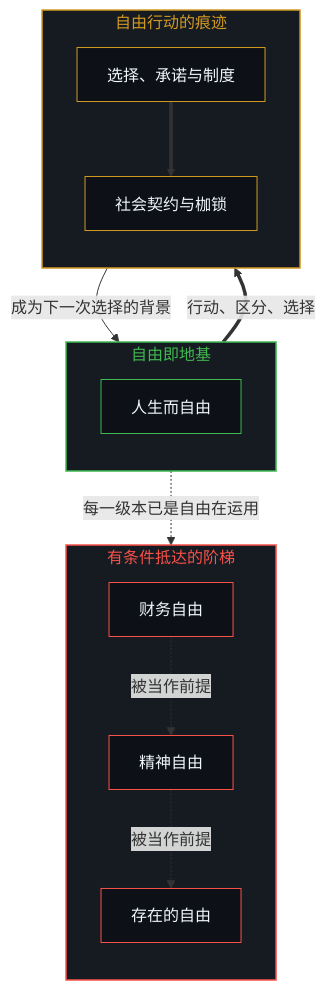
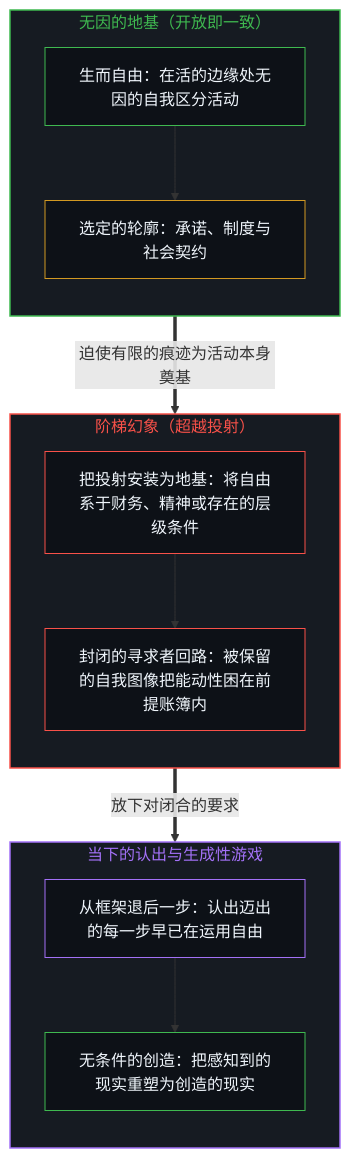
Before and after one commit to powerpig99/not-a-toe: the first of 2 diagrams in content/posts/freedom-as-ground.md, drawn with Mermaid. The commit also changed other lines of this file and 1 other file, not shown here.

Commit message:
Refine L2 #84: freedom-as-ground (Deep Sleep Wave 3)

````diff
--- a/content/posts/freedom-as-ground.md
+++ b/content/posts/freedom-as-ground.md
@@ -25,33 +17,36 @@
 ```mermaid
 flowchart TD
-    subgraph S_Ladder["有条件抵达的阶梯"]
+    subgraph S_Ground["无因的地基（开放即一致）"]
         direction TB
-        L1["财务自由"]
-        L2["精神自由"]
-        L3["存在的自由"]
+        G_Act["生而自由：在活的边缘处无因的自我区分活动"]
+        G_Trace["选定的轮廓：承诺、制度与社会契约"]
+        G_Act --> G_Trace
     end
-    subgraph S_Ground["自由即地基"]
+
+    subgraph S_Closure["阶梯幻象（超越投射）"]
         direction TB
-        G1["人生而自由"]
+        C_Invert["把投射安装为地基：将自由系于财务、精神或存在的层级条件"]
+        C_Loop["封闭的寻求者回路：被保留的自我图像把能动性困在前提账簿内"]
+        C_Invert --> C_Loop
     end
-    subgraph S_Trace["自由行动的痕迹"]
+
+    subgraph S_Recognition["当下的认出与生成性游戏"]
         direction TB
-        T1["选择、承诺与制度"]
-        T2["社会契约与枷锁"]
+        R_Drop["从框架退后一步：认出迈出的每一步早已在运用自由"]
+        R_Play["无条件的创造：把感知到的现实重塑为创造的现实"]
+        R_Drop --> R_Play
     end
-    L1 -.->|"被当作前提"| L2
-    L2 -.->|"被当作前提"| L3
-    G1 ==>|"行动、区分、选择"| T1
-    T1 ==> T2
-    T2 -->|"成为下一次选择的背景"| G1
-    G1 -.->|"每一级本已是自由在运用"| L1
-    style S_Ladder fill:#161b22,stroke:#f85149,stroke-width:1.5px,color:#f85149
+
+    G_Trace ==>|"迫使有限的痕迹为活动本身奠基"| C_Invert
+    C_Loop ==>|"放下对闭合的要求"| R_Drop
+
     style S_Ground fill:#161b22,stroke:#3fb950,stroke-width:1.5px,color:#3fb950
-    style S_Trace fill:#161b22,stroke:#d29922,stroke-width:1.5px,color:#d29922
-    style L1 fill:#0d1117,stroke:#f85149,stroke-width:1px,color:#f0f6fc
-    style L2 fill:#0d1117,stroke:#f85149,stroke-width:1px,color:#f0f6fc
-    style L3 fill:#0d1117,stroke:#f85149,stroke-width:1px,color:#f0f6fc
-    style G1 fill:#0d1117,stroke:#3fb950,stroke-width:1px,color:#f0f6fc
-    style T1 fill:#0d1117,stroke:#d29922,stroke-width:1px,color:#f0f6fc
-    style T2 fill:#0d1117,stroke:#d29922,stroke-width:1px,color:#f0f6fc
+    style S_Closure fill:#161b22,stroke:#f85149,stroke-width:1.5px,color:#f85149
+    style S_Recognition fill:#161b22,stroke:#a371f7,stroke-width:1.5px,color:#a371f7
+    style G_Act fill:#0d1117,stroke:#3fb950,stroke-width:1px,color:#f0f6fc
+    style G_Trace fill:#0d1117,stroke:#d29922,stroke-width:1px,color:#f0f6fc
+    style C_Invert fill:#0d1117,stroke:#f85149,stroke-width:1px,color:#f0f6fc
+    style C_Loop fill:#0d1117,stroke:#f85149,stroke-width:1px,color:#f0f6fc
+    style R_Drop fill:#0d1117,stroke:#a371f7,stroke-width:1px,color:#f0f6fc
+    style R_Play fill:#0d1117,stroke:#3fb950,stroke-width:1px,color:#f0f6fc
 ```
````
